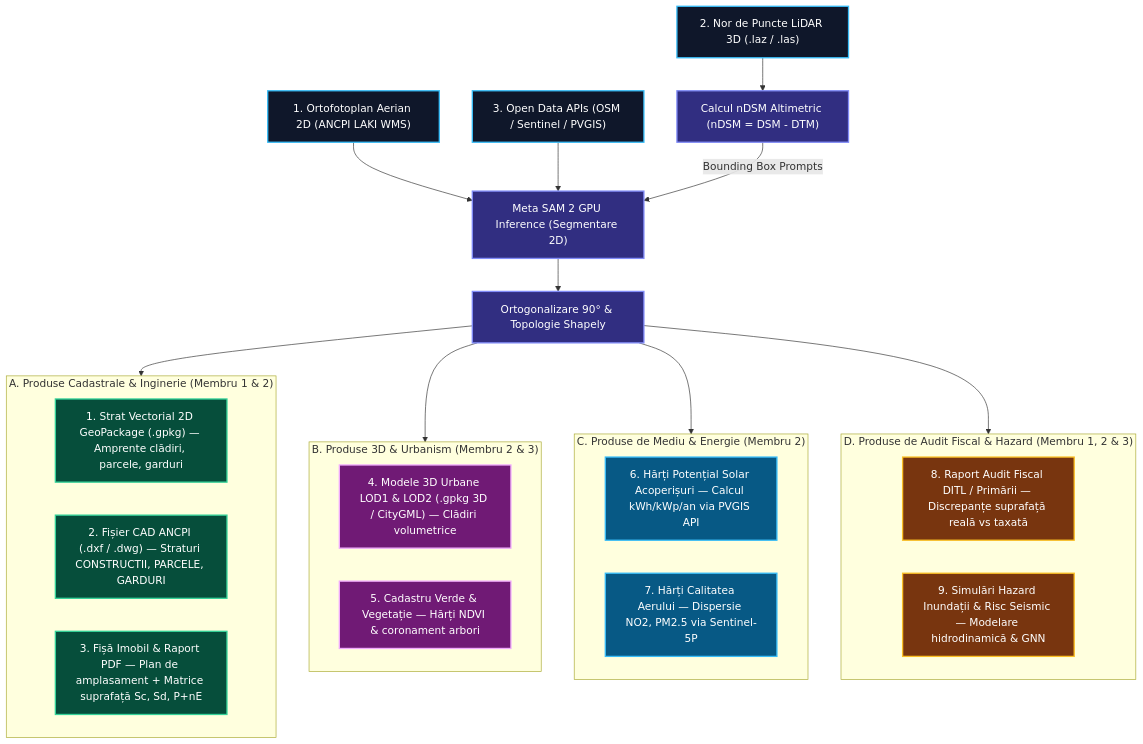
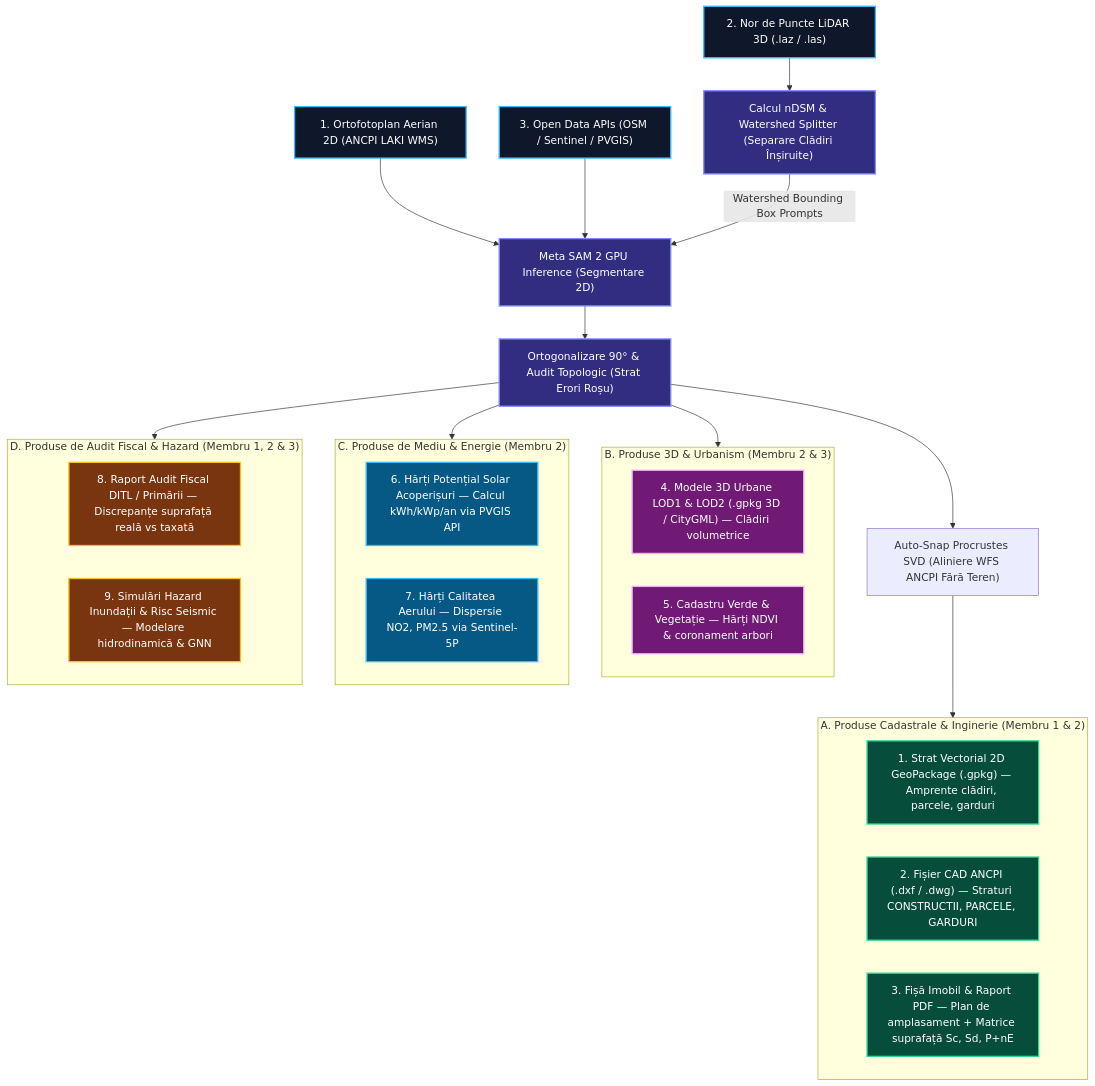
One commit to lefterpatrickandrei-sketch/StratumRO-QGIS changed the third of 3 diagrams in docs/readme.md. Above: the diagram before and after it, drawn with Mermaid. The commit also changed other lines of this file, not shown here.

Commit message:
docs: actualizare diagrame de arhitectura 6.1 si 6.3 cu nDSM Watershed Splitter si Auto-Snap Procrustes SVD

````diff
--- a/docs/readme.md
+++ b/docs/readme.md
@@ -807,63 +811,65 @@
 ```mermaid
 flowchart TD
     classDef inputStyle fill:#0f172a,stroke:#38bdf8,stroke-width:2px,color:#fff;
     classDef engineStyle fill:#312e81,stroke:#818cf8,stroke-width:2px,color:#fff;
     classDef cadStyle fill:#064e3b,stroke:#34d399,stroke-width:2px,color:#fff;
     classDef threeDStyle fill:#701a75,stroke:#f0abfc,stroke-width:2px,color:#fff;
     classDef envStyle fill:#075985,stroke:#38bdf8,stroke-width:2px,color:#fff;
     classDef riskStyle fill:#78350f,stroke:#fbbf24,stroke-width:2px,color:#fff;
 
     %% 1. INGESTIE DATE
     IN_RGB["1. Ortofotoplan Aerian 2D (ANCPI LAKI WMS)"]
     IN_LAS["2. Nor de Puncte LiDAR 3D (.laz / .las)"]
     IN_APIS["3. Open Data APIs (OSM / Sentinel / PVGIS)"]
 
     %% 2. CORE ENGINE
+    E_nDSM["Calcul nDSM & Watershed Splitter (Separare Clădiri Înșiruite)"]
     E_SAM2["Meta SAM 2 GPU Inference (Segmentare 2D)"]
-    E_nDSM["Calcul nDSM Altimetric (nDSM = DSM - DTM)"]
-    E_Topo["Ortogonalizare 90° & Topologie Shapely"]
+    E_Topo["Ortogonalizare 90° & Audit Topologic (Strat Erori Roșu)"]
+    E_Snap["Auto-Snap Procrustes SVD (Aliniere WFS ANCPI Fără Teren)"]
 
     IN_RGB --> E_SAM2
     IN_LAS --> E_nDSM
     IN_APIS --> E_SAM2
-    E_nDSM -->|Bounding Box Prompts| E_SAM2
+    E_nDSM -->|Watershed Bounding Box Prompts| E_SAM2
     E_SAM2 --> E_Topo
+    E_Topo --> E_Snap
 
     %% 3. MODULE DE OUTPUT (STRUCTURATE VERTICAL)
     
     %% M1: Cadastru
-    E_Topo --> OUT_CAD
+    E_Snap --> OUT_CAD
     subgraph OUT_CAD ["A. Produse Cadastrale & Inginerie (Membru 1 & 2)"]
         P1["1. Strat Vectorial 2D GeoPackage (.gpkg) — Amprente clădiri, parcele, garduri"]
         P2["2. Fișier CAD ANCPI (.dxf / .dwg) — Straturi CONSTRUCTII, PARCELE, GARDURI"]
         P3["3. Fișă Imobil & Raport PDF — Plan de amplasament + Matrice suprafață Sc, Sd, P+nE"]
     end
 
     %% M2: 3D Urbanism
     E_Topo --> OUT_3D
     subgraph OUT_3D ["B. Produse 3D & Urbanism (Membru 2 & 3)"]
         P4["4. Modele 3D Urbane LOD1 & LOD2 (.gpkg 3D / CityGML) — Clădiri volumetrice"]
         P5["5. Cadastru Verde & Vegetație — Hărți NDVI & coronament arbori"]
     end
 
     %% M3: Mediu & Energie
     E_Topo --> OUT_ENV
     subgraph OUT_ENV ["C. Produse de Mediu & Energie (Membru 2)"]
         P6["6. Hărți Potențial Solar Acoperișuri — Calcul kWh/kWp/an via PVGIS API"]
         P7["7. Hărți Calitatea Aerului — Dispersie NO2, PM2.5 via Sentinel-5P"]
     end
 
     %% M4: Hazard & Audit Fiscal
     E_Topo --> OUT_RISK
     subgraph OUT_RISK ["D. Produse de Audit Fiscal & Hazard (Membru 1, 2 & 3)"]
         P8["8. Raport Audit Fiscal DITL / Primării — Discrepanțe suprafață reală vs taxată"]
         P9["9. Simulări Hazard Inundații & Risc Seismic — Modelare hidrodinamică & GNN"]
     end
 
     class IN_RGB,IN_LAS,IN_APIS inputStyle;
     class E_SAM2,E_nDSM,E_Topo engineStyle;
     class P1,P2,P3 cadStyle;
     class P4,P5 threeDStyle;
     class P6,P7 envStyle;
     class P8,P9 riskStyle;
 ```
````
